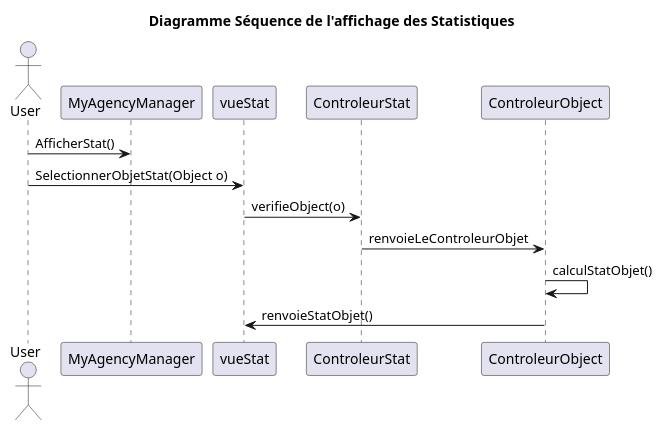
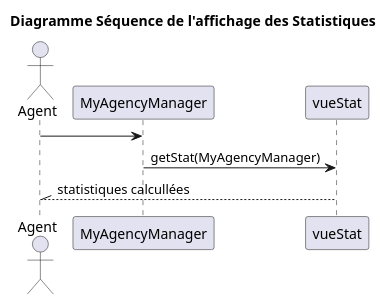
Before and after one commit to Arnaud-Sibade-Tlse/ProjetUML_Miashs: the diagram in DossierConception/SeqAfficherStat.pu, drawn with PlantUML. The commit also changed 1 other file, not shown here.

Commit message:
SEQUENCE : stats, recherche

```diff
--- a/DossierConception/SeqAfficherStat.pu
+++ b/DossierConception/SeqAfficherStat.pu
@@ -1,13 +1,13 @@
 @startuml
 
 title Diagramme Séquence de l'affichage des Statistiques
 
-actor User as U
-U -> MyAgencyManager : AfficherStat()
-U -> vueStat :SelectionnerObjetStat(Object o)
-vueStat -> ControleurStat : verifieObject(o)
-ControleurStat -> ControleurObject :renvoieLeControleurObjet
-ControleurObject -> ControleurObject: calculStatObjet()
+actor Agent as A
 
-ControleurObject -> vueStat: renvoieStatObjet()
+A -> MyAgencyManager
+
+MyAgencyManager -> vueStat : getStat(MyAgencyManager)
+
+A //-- vueStat : statistiques calcullées
+
 @enduml
```
